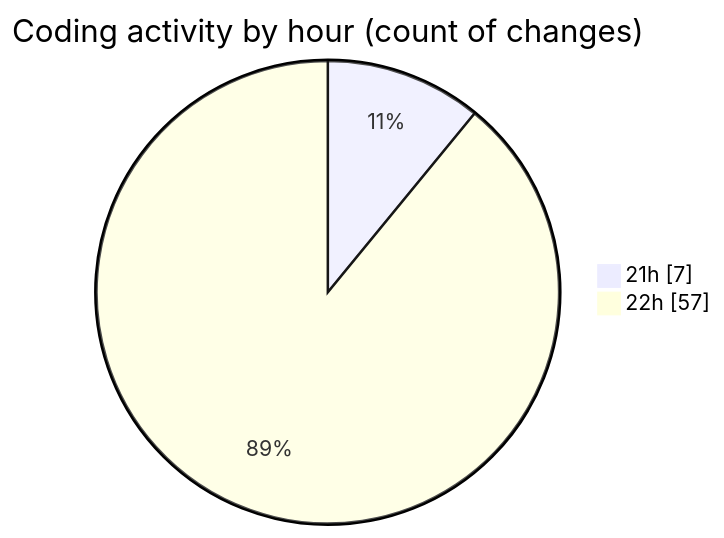
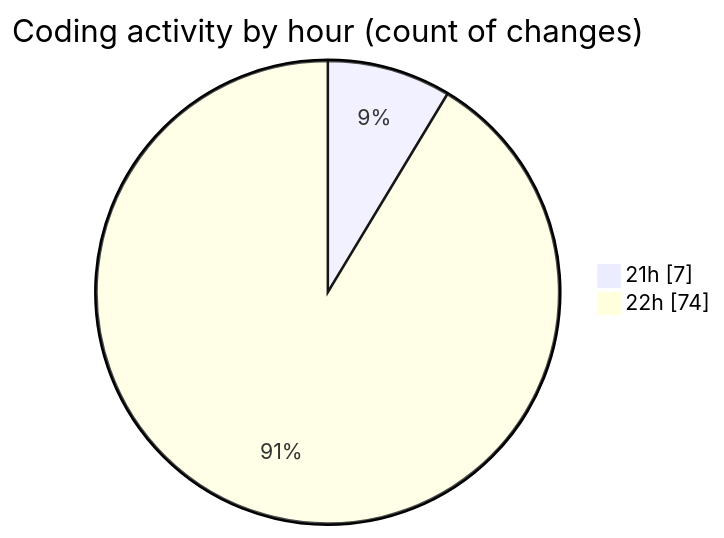
Before and after one commit to EIIisD/code-tracking: the second of 2 diagrams in 2025-08-26/mcp-web/README.md, drawn with Mermaid. The commit also changed other lines of this file and 1 other file, not shown here.

````diff
--- a/2025-08-26/mcp-web/README.md
+++ b/2025-08-26/mcp-web/README.md
@@ -34,6 +36,6 @@
 ```mermaid
 pie showData
 title Coding activity by hour (count of changes)
 "21h" : 7
-"22h" : 57
+"22h" : 74
 ```
````
